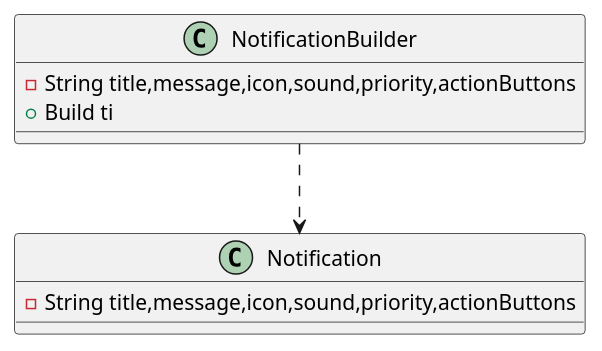
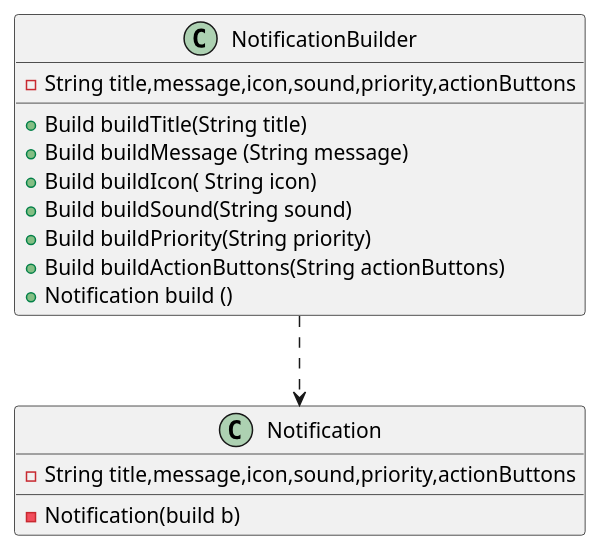
The diagram in src/creational/builder/notification/notification_diagram.puml (leviha1702/65130734_KTVTKPM), drawn with PlantUML before and after one commit. The commit also changed 3 other files, not shown here.

```diff
--- a/src/creational/builder/notification/notification_diagram.puml
+++ b/src/creational/builder/notification/notification_diagram.puml
@@ -1,15 +1,20 @@
 @startuml
 'https://plantuml.com/sequence-diagram
 
 class Notification {
     -String title,message,icon,sound,priority,actionButtons
-
-
+    -Notification(build b)
 }
 class NotificationBuilder {
     -String title,message,icon,sound,priority,actionButtons
-    +Build ti
+    +Build buildTitle(String title)
+    +Build buildMessage (String message)
+    +Build buildIcon( String icon)
+    +Build buildSound(String sound)
+    +Build buildPriority(String priority)
+    +Build buildActionButtons(String actionButtons)
+    +Notification build ()
 }
 
 NotificationBuilder..>Notification
 @enduml
```
